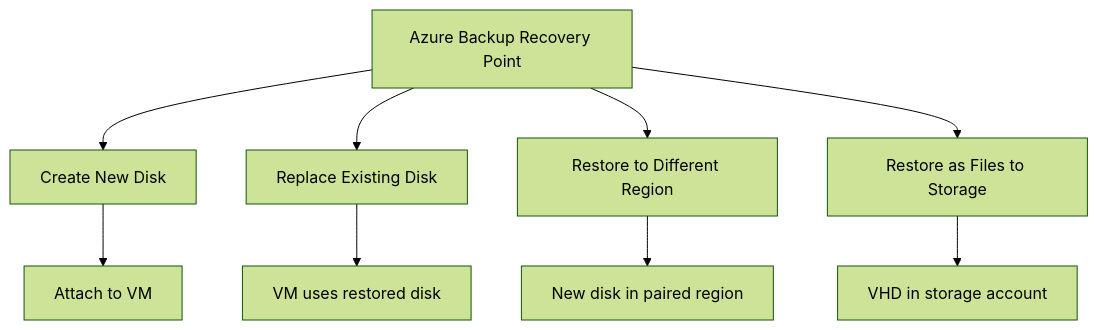
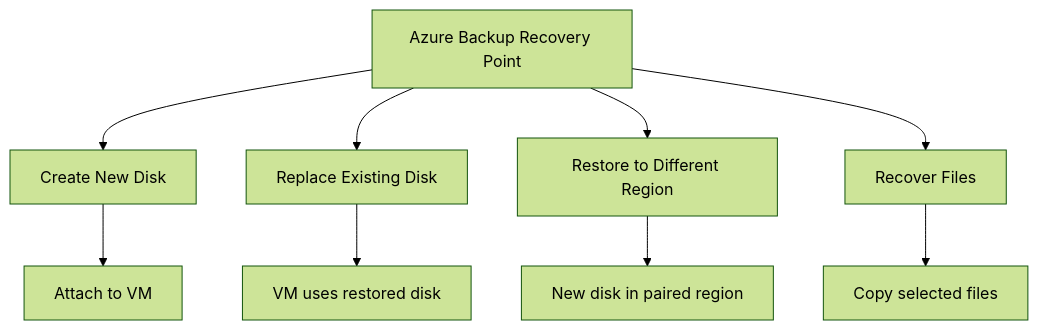
The diagram in posts/2026-02-16-how-to-restore-azure-managed-disks-from-azure-backup-snapshots/README.md (OneUptime/blog), drawn with Mermaid (forest theme) before and after one commit. The commit also changed other lines of this file and 2 other files, not shown here.

Commit message:
validate: 2026-02-16-how-to-restore-azure-managed-disks-from-azure-backup-snapshots

````diff
--- a/posts/2026-02-16-how-to-restore-azure-managed-disks-from-azure-backup-snapshots/README.md
+++ b/posts/2026-02-16-how-to-restore-azure-managed-disks-from-azure-backup-snapshots/README.md
@@ -27,11 +27,11 @@
 ```mermaid
 flowchart TB
     A[Azure Backup Recovery Point] --> B[Create New Disk]
     A --> C[Replace Existing Disk]
     A --> D[Restore to Different Region]
-    A --> E[Restore as Files to Storage]
+    A --> E[Recover Files]
     B --> F[Attach to VM]
     C --> G[VM uses restored disk]
     D --> H[New disk in paired region]
-    E --> I[VHD in storage account]
+    E --> I[Copy selected files]
 ```
````
